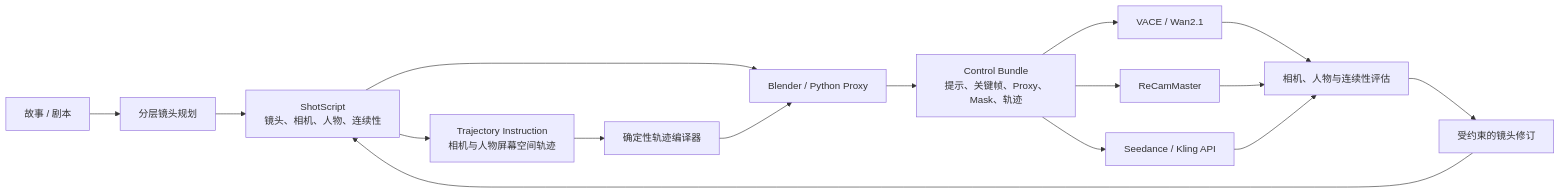
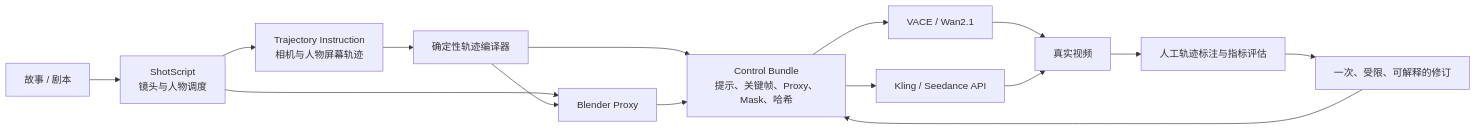
The diagram in README.md (fisher-yu-like/videoagent), drawn with Mermaid before and after one commit. The commit also changed other lines of this file and 17 other files, not shown here.

````diff
--- a/README.md
+++ b/README.md
@@ -9,18 +9,17 @@
 ```mermaid
 flowchart LR
-    A["故事 / 剧本"] --> B["分层镜头规划"]
-    B --> C["ShotScript<br/>镜头、相机、人物、连续性"]
-    C --> D["Blender / Python Proxy"]
-    C --> T["Trajectory Instruction<br/>相机与人物屏幕空间轨迹"]
-    T --> TC["确定性轨迹编译器"]
-    TC --> D
-    D --> E["Control Bundle<br/>提示、关键帧、Proxy、Mask、轨迹"]
-    E --> F["VACE / Wan2.1"]
-    E --> G["ReCamMaster"]
-    E --> H["Seedance / Kling API"]
-    F --> I["相机、人物与连续性评估"]
-    G --> I
+    A["故事 / 剧本"] --> B["ShotScript<br/>镜头与人物调度"]
+    B --> C["Trajectory Instruction<br/>相机与人物屏幕轨迹"]
+    C --> D["确定性轨迹编译器"]
+    B --> E["Blender Proxy"]
+    D --> E
+    D --> F["Control Bundle<br/>提示、关键帧、Proxy、Mask、哈希"]
+    E --> F
+    F --> G["VACE / Wan2.1"]
+    F --> H["Kling / Seedance API"]
+    G --> I["真实视频"]
     H --> I
-    I --> J["受约束的镜头修订"]
-    J --> C
+    I --> J["人工轨迹标注与指标评估"]
+    J --> K["一次、受限、可解释的修订"]
+    K --> F
 ```
````
